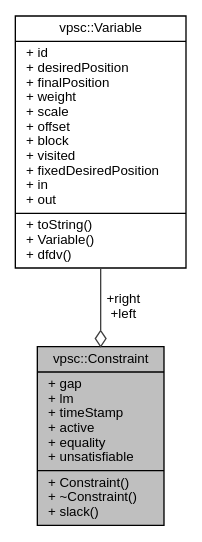
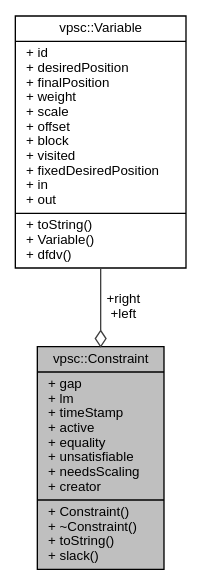
Before and after one commit to mjwybrow/adaptagrams: the diagram in documentation/classvpsc_1_1Constraint__coll__graph.dot, drawn with Graphviz. The commit also changed 1047 other files, not shown here.

```diff
--- a/documentation/classvpsc_1_1Constraint__coll__graph.dot
+++ b/documentation/classvpsc_1_1Constraint__coll__graph.dot
@@ -1,8 +1,8 @@
 digraph "vpsc::Constraint"
 {
   edge [fontname="Helvetica",fontsize="10",labelfontname="Helvetica",labelfontsize="10"];
   node [fontname="Helvetica",fontsize="10",shape=record];
-  Node1 [label="{vpsc::Constraint\n|+ gap\l+ lm\l+ timeStamp\l+ active\l+ equality\l+ unsatisfiable\l|+ Constraint()\l+ ~Constraint()\l+ slack()\l}",height=0.2,width=0.4,color="black", fillcolor="grey75", style="filled" fontcolor="black"];
+  Node1 [label="{vpsc::Constraint\n|+ gap\l+ lm\l+ timeStamp\l+ active\l+ equality\l+ unsatisfiable\l+ needsScaling\l+ creator\l|+ Constraint()\l+ ~Constraint()\l+ toString()\l+ slack()\l}",height=0.2,width=0.4,color="black", fillcolor="grey75", style="filled", fontcolor="black"];
   Node2 -> Node1 [color="grey25",fontsize="10",style="solid",label=" +right\n+left" ,arrowhead="odiamond",fontname="Helvetica"];
-  Node2 [label="{vpsc::Variable\n|+ id\l+ desiredPosition\l+ finalPosition\l+ weight\l+ scale\l+ offset\l+ block\l+ visited\l+ fixedDesiredPosition\l+ in\l+ out\l|+ toString()\l+ Variable()\l+ dfdv()\l}",height=0.2,width=0.4,color="black", fillcolor="white", style="filled",URL="$classvpsc_1_1Variable.html",tooltip="A variable is comprised of an ideal position, final position and a weight."];
+  Node2 [label="{vpsc::Variable\n|+ id\l+ desiredPosition\l+ finalPosition\l+ weight\l+ scale\l+ offset\l+ block\l+ visited\l+ fixedDesiredPosition\l+ in\l+ out\l|+ toString()\l+ Variable()\l+ dfdv()\l}",height=0.2,width=0.4,color="black", fillcolor="white", style="filled",URL="$classvpsc_1_1Variable.html",tooltip="A variable is comprised of an ideal position, final position and a weight. "];
 }
```
